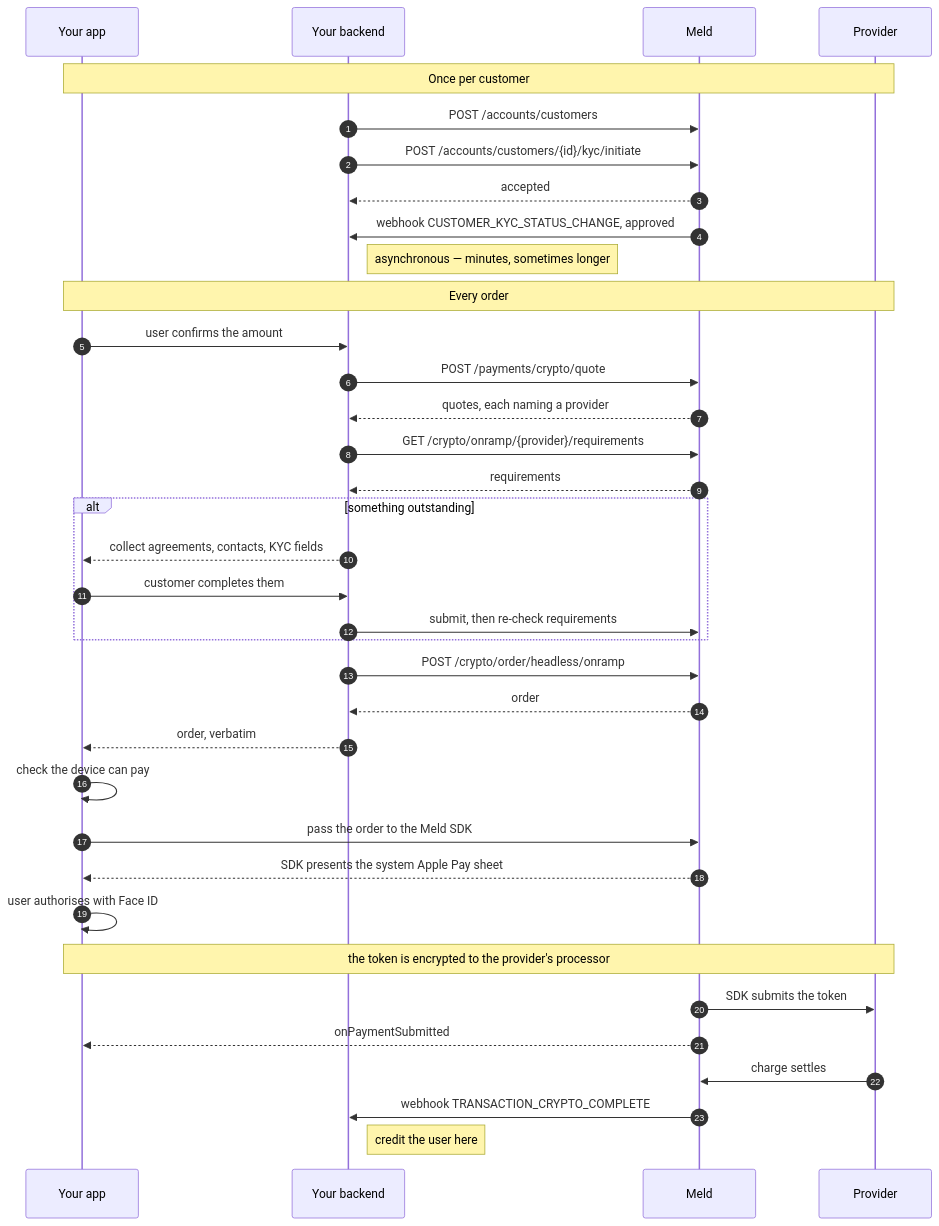
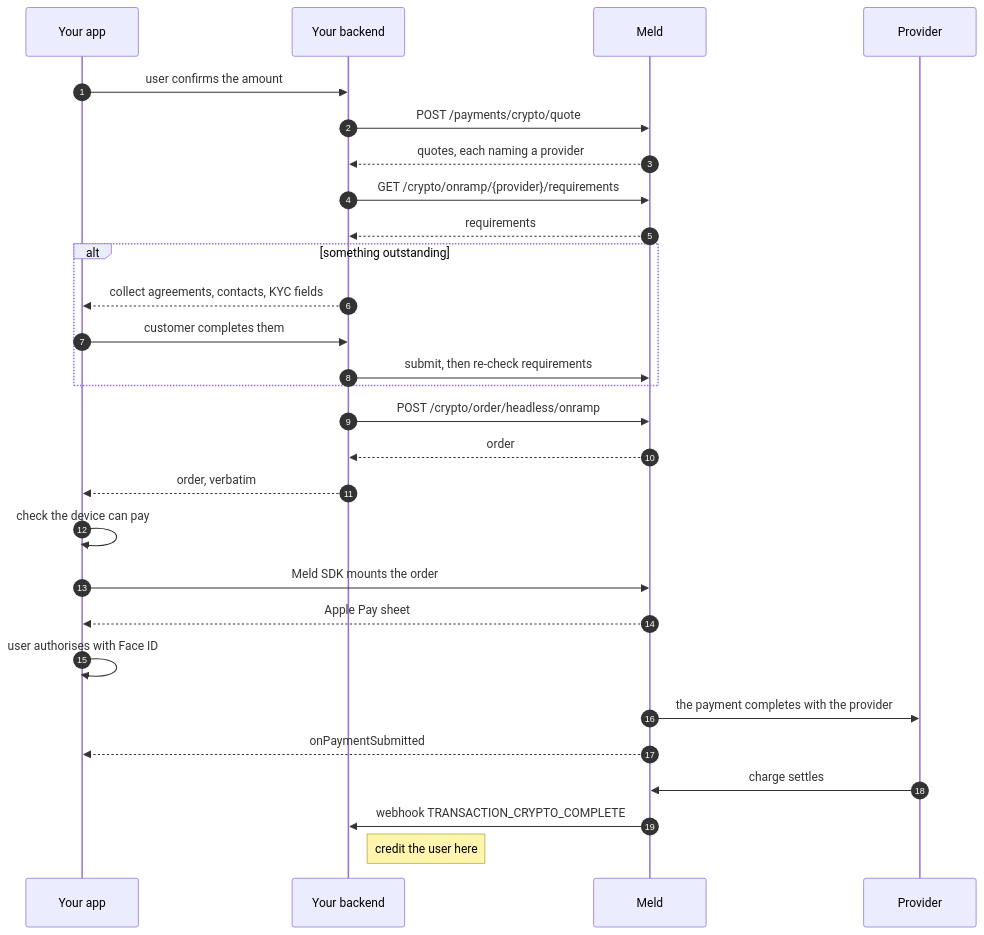
Before and after one commit to meldeng/docs: the diagram in docs/stablecoins/headless-integration/apple-pay.mdx, drawn with Mermaid. The commit also changed other lines of this file and 9 other files, not shown here.

First line of the commit message:
Describe headless Apple Pay as one flow, with provider notes

````diff
--- a/docs/stablecoins/headless-integration/apple-pay.mdx
+++ b/docs/stablecoins/headless-integration/apple-pay.mdx
@@ -115,42 +132,33 @@
 ```mermaid
 sequenceDiagram
     autonumber
     participant App as Your app
     participant Api as Your backend
     participant Meld
     participant P as Provider
 
-    Note over App,P: Once per customer
-    Api->>Meld: POST /accounts/customers
-    Api->>Meld: POST /accounts/customers/{id}/kyc/initiate
-    Meld-->>Api: accepted
-    Meld->>Api: webhook CUSTOMER_KYC_STATUS_CHANGE, approved
-    Note right of Api: asynchronous — minutes, sometimes longer
-
-    Note over App,P: Every order
     App->>Api: user confirms the amount
     Api->>Meld: POST /payments/crypto/quote
     Meld-->>Api: quotes, each naming a provider
     Api->>Meld: GET /crypto/onramp/{provider}/requirements
     Meld-->>Api: requirements
     alt something outstanding
         Api-->>App: collect agreements, contacts, KYC fields
         App->>Api: customer completes them
         Api->>Meld: submit, then re-check requirements
     end
 
     Api->>Meld: POST /crypto/order/headless/onramp
     Meld-->>Api: order
     Api-->>App: order, verbatim
 
     App->>App: check the device can pay
-    App->>Meld: pass the order to the Meld SDK
-    Meld-->>App: SDK presents the system Apple Pay sheet
+    App->>Meld: Meld SDK mounts the order
+    Meld-->>App: Apple Pay sheet
     App->>App: user authorises with Face ID
-    Note over App,P: the token is encrypted to the provider's processor
-    Meld->>P: SDK submits the token
+    Meld->>P: the payment completes with the provider
     Meld-->>App: onPaymentSubmitted
     P->>Meld: charge settles
     Meld->>Api: webhook TRANSACTION_CRYPTO_COMPLETE
     Note right of Api: credit the user here
 ```
````
